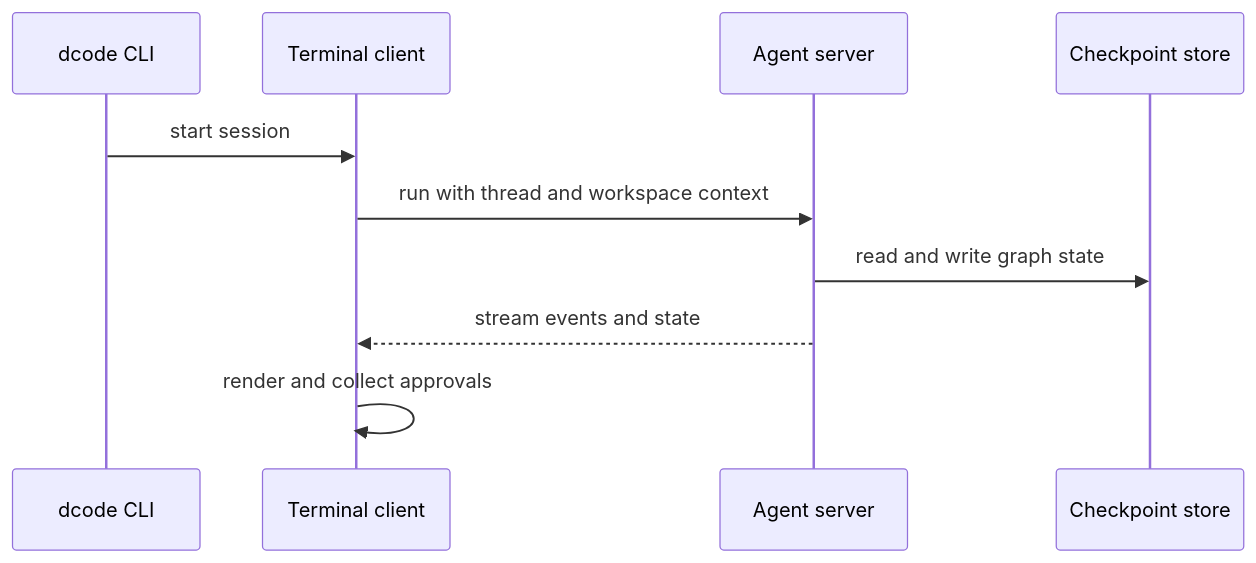
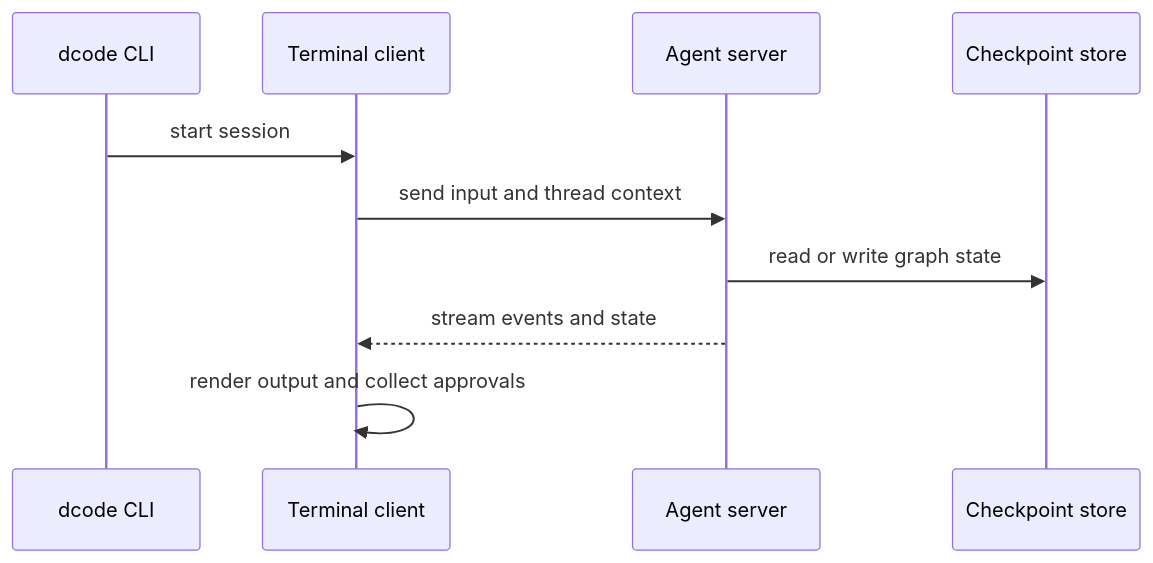
One commit to langchain-ai/deepagents changed the first of 2 diagrams in openwiki/architecture/code-agent.md. Above: the diagram before and after it, drawn with Mermaid. The commit also changed other lines of this file and 37 other files, not shown here.

````diff
--- a/openwiki/architecture/code-agent.md
+++ b/openwiki/architecture/code-agent.md
@@ -43,12 +51,12 @@
 ```mermaid
 sequenceDiagram
     participant CLI as dcode CLI
     participant Client as Terminal client
     participant Server as Agent server
     participant Store as Checkpoint store
     CLI->>Client: start session
-    Client->>Server: run with thread and workspace context
-    Server->>Store: read and write graph state
+    Client->>Server: send input and thread context
+    Server->>Store: read or write graph state
     Server-->>Client: stream events and state
-    Client->>Client: render and collect approvals
+    Client->>Client: render output and collect approvals
 ```
````
